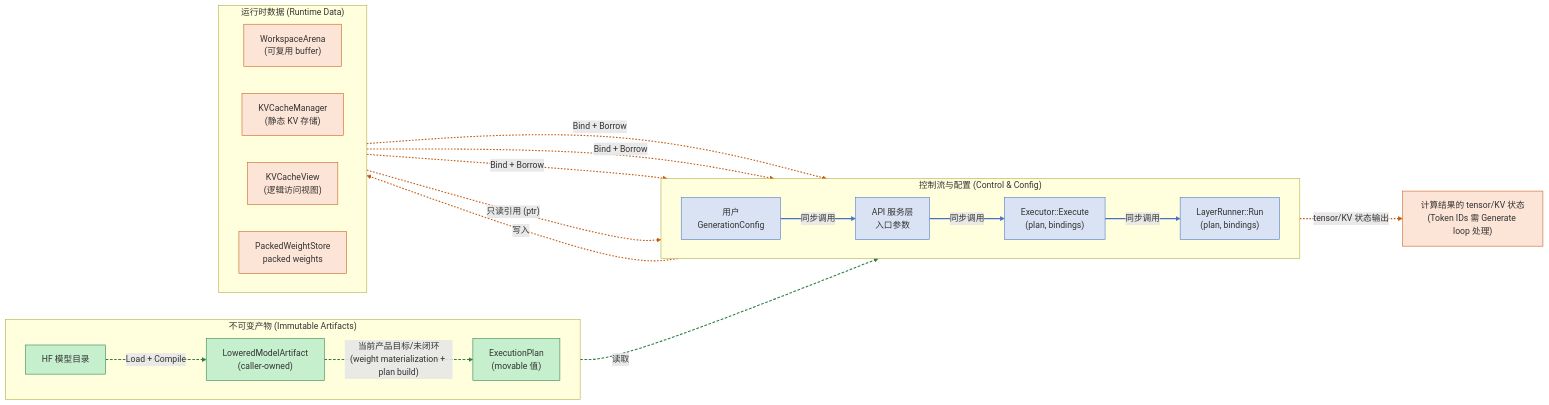
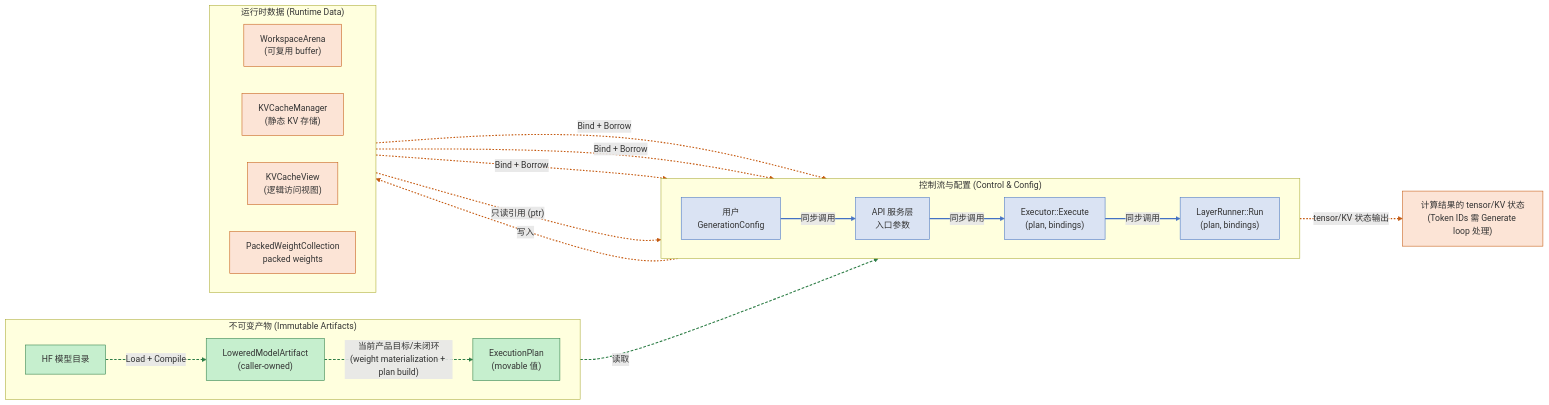
The fourth of 5 diagrams in docs/designs/architecture/architecture_overview.md (fengjiran/AetherMind), drawn with Mermaid before and after one commit. The commit also changed other lines of this file and 20 other files, not shown here.

````diff
--- a/docs/designs/architecture/architecture_overview.md
+++ b/docs/designs/architecture/architecture_overview.md
@@ -273,39 +273,39 @@
 ```mermaid
 flowchart LR
     subgraph CTRL["控制流与配置 (Control & Config)"]
         direction LR
         A1["用户<br/>GenerationConfig"] -->|"同步调用"| A2["API 服务层<br/>入口参数"]
         A2 -->|"同步调用"| A3["Executor::Execute<br/>(plan, bindings)"]
         A3 -->|"同步调用"| A4["LayerRunner::Run<br/>(plan, bindings)"]
     end
 
     subgraph ART["不可变产物 (Immutable Artifacts)"]
         direction LR
         B1["HF 模型目录"] -->|"Load + Compile"| B2["LoweredModelArtifact<br/>(caller-owned)"]
         B2 -->|"当前产品目标/未闭环<br/>(weight materialization + plan build)"| B3["ExecutionPlan<br/>(movable 值)"]
         B3 -->|"读取"| A3
     end
 
     subgraph DATA["运行时数据 (Runtime Data)"]
         direction LR
         C1["WorkspaceArena<br/>(可复用 buffer)"] -->|"Bind + Borrow"| A4
         C2["KVCacheManager<br/>(静态 KV 存储)"] -->|"Bind + Borrow"| A4
         C3["KVCacheView<br/>(逻辑访问视图)"] -->|"Bind + Borrow"| A4
-        C4["PackedWeightStore<br/>packed weights"] -->|"只读引用 (ptr)"| A4
+        C4["PackedWeightCollection<br/>packed weights"] -->|"只读引用 (ptr)"| A4
     end
 
     A4 -->|"写入"| C2
     A4 -->|"tensor/KV 状态输出"| D1["计算结果的 tensor/KV 状态<br/>(Token IDs 需 Generate loop 处理)"]
 
     classDef ctrl fill:#dae3f3,stroke:#4472c4
     classDef artifact fill:#c6efce,stroke:#2d7d46
     classDef runtime fill:#fce4d6,stroke:#c55a11
 
     class A1,A2,A3,A4 ctrl
     class B1,B2,B3 artifact
     class C1,C2,C3,C4,D1 runtime
 
     linkStyle 0,1,2 stroke:#4472c4,stroke-width:2px
     linkStyle 3,4,5 stroke:#2d7d46,stroke-width:2px,stroke-dasharray:5 3
     linkStyle 6,7,8,9,10,11 stroke:#c55a11,stroke-width:2px,stroke-dasharray:3 3
 ```
````
